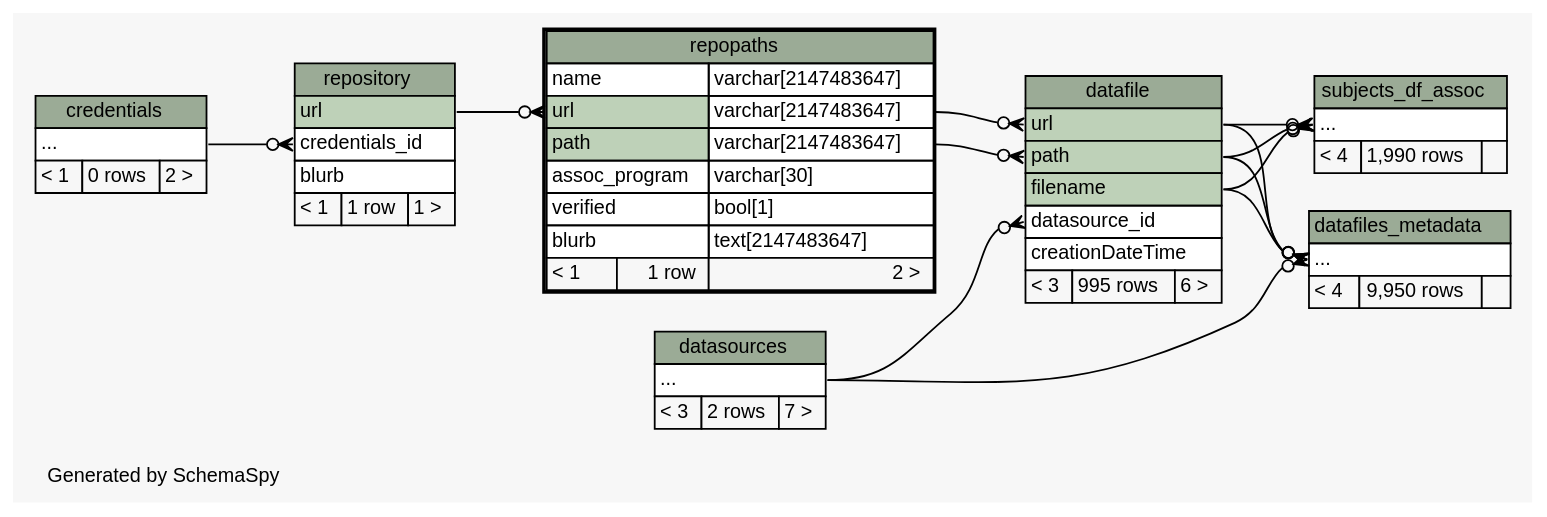
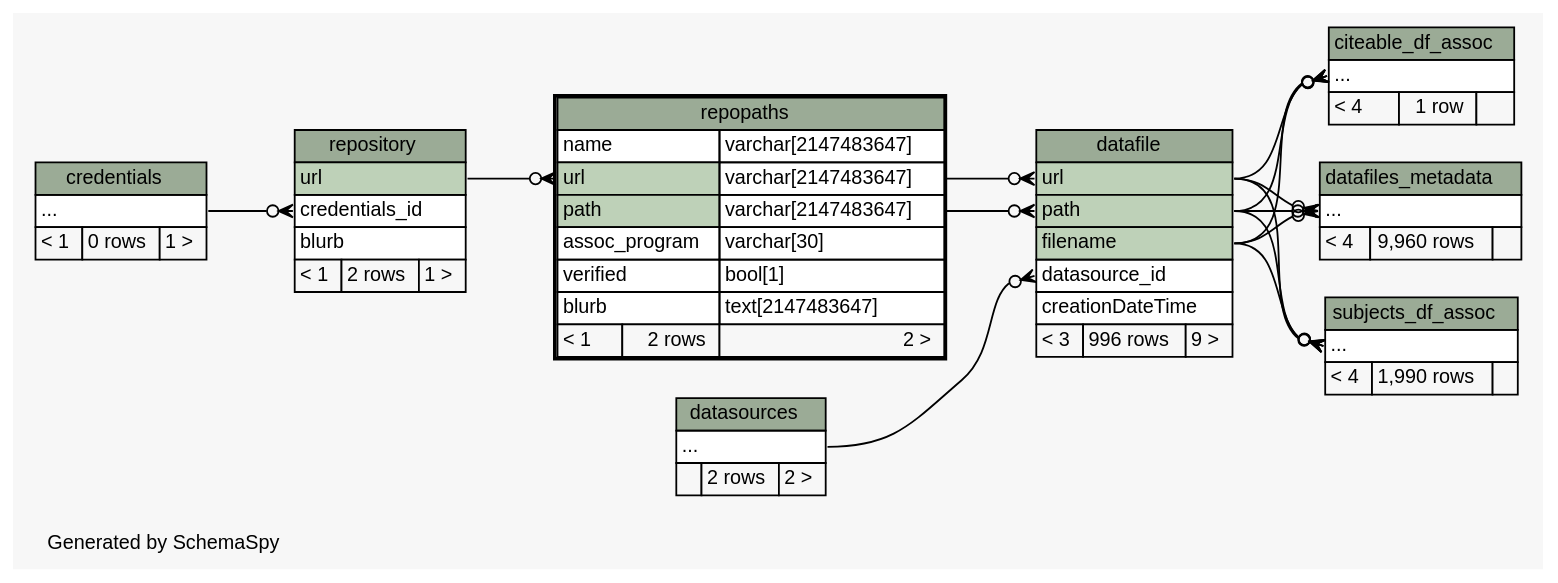
One commit to tgbugs/mlab changed the diagram in database/ss/diagrams/repopaths.2degrees.dot. Above: the diagram before and after it, drawn with Graphviz. The commit also changed 185 other files, not shown here.

```diff
--- a/database/ss/diagrams/repopaths.2degrees.dot
+++ b/database/ss/diagrams/repopaths.2degrees.dot
@@ -1,115 +1,127 @@
 // dot 2.34.0 on Windows 7 6.1
 // SchemaSpy rev 590
 digraph "twoDegreesRelationshipsDiagram" {
   graph [
     rankdir="RL"
     bgcolor="#f7f7f7"
     label="\nGenerated by SchemaSpy"
     labeljust="l"
     nodesep="0.18"
     ranksep="0.46"
     fontname="Helvetica"
     fontsize="11"
   ];
   node [
     fontname="Helvetica"
     fontsize="11"
     shape="plaintext"
   ];
   edge [
     arrowsize="0.8"
   ];
+  "citeable_df_assoc":"elipses":w -> "datafile":"filename":e [arrowhead=none dir=back arrowtail=crowodot];
+  "citeable_df_assoc":"elipses":w -> "datafile":"path":e [arrowhead=none dir=back arrowtail=crowodot];
+  "citeable_df_assoc":"elipses":w -> "datafile":"url":e [arrowhead=none dir=back arrowtail=crowodot];
   "datafile":"datasource_id":w -> "datasources":"elipses":e [arrowhead=none dir=back arrowtail=crowodot];
   "datafile":"path":w -> "repopaths":"path.type":e [arrowhead=none dir=back arrowtail=crowodot];
   "datafile":"url":w -> "repopaths":"url.type":e [arrowhead=none dir=back arrowtail=crowodot];
-  "datafiles_metadata":"elipses":w -> "datasources":"elipses":e [arrowhead=none dir=back arrowtail=crowodot];
   "datafiles_metadata":"elipses":w -> "datafile":"filename":e [arrowhead=none dir=back arrowtail=crowodot];
   "datafiles_metadata":"elipses":w -> "datafile":"path":e [arrowhead=none dir=back arrowtail=crowodot];
   "datafiles_metadata":"elipses":w -> "datafile":"url":e [arrowhead=none dir=back arrowtail=crowodot];
   "repopaths":"url":w -> "repository":"url":e [arrowhead=none dir=back arrowtail=crowodot];
   "repository":"credentials_id":w -> "credentials":"elipses":e [arrowhead=none dir=back arrowtail=crowodot];
   "subjects_df_assoc":"elipses":w -> "datafile":"filename":e [arrowhead=none dir=back arrowtail=crowodot];
   "subjects_df_assoc":"elipses":w -> "datafile":"path":e [arrowhead=none dir=back arrowtail=crowodot];
   "subjects_df_assoc":"elipses":w -> "datafile":"url":e [arrowhead=none dir=back arrowtail=crowodot];
+  "citeable_df_assoc" [
+    label=<
+    <TABLE BORDER="0" CELLBORDER="1" CELLSPACING="0" BGCOLOR="#ffffff">
+      <TR><TD COLSPAN="3" BGCOLOR="#9bab96" ALIGN="CENTER">citeable_df_assoc</TD></TR>
+      <TR><TD PORT="elipses" COLSPAN="3" ALIGN="LEFT">...</TD></TR>
+      <TR><TD ALIGN="LEFT" BGCOLOR="#f7f7f7">&lt; 4</TD><TD ALIGN="RIGHT" BGCOLOR="#f7f7f7">1 row</TD><TD ALIGN="RIGHT" BGCOLOR="#f7f7f7">  </TD></TR>
+    </TABLE>>
+    URL="citeable_df_assoc.html"
+    tooltip="citeable_df_assoc"
+  ];
   "credentials" [
     label=<
     <TABLE BORDER="0" CELLBORDER="1" CELLSPACING="0" BGCOLOR="#ffffff">
       <TR><TD COLSPAN="3" BGCOLOR="#9bab96" ALIGN="CENTER">credentials</TD></TR>
       <TR><TD PORT="elipses" COLSPAN="3" ALIGN="LEFT">...</TD></TR>
-      <TR><TD ALIGN="LEFT" BGCOLOR="#f7f7f7">&lt; 1</TD><TD ALIGN="RIGHT" BGCOLOR="#f7f7f7">0 rows</TD><TD ALIGN="RIGHT" BGCOLOR="#f7f7f7">2 &gt;</TD></TR>
+      <TR><TD ALIGN="LEFT" BGCOLOR="#f7f7f7">&lt; 1</TD><TD ALIGN="RIGHT" BGCOLOR="#f7f7f7">0 rows</TD><TD ALIGN="RIGHT" BGCOLOR="#f7f7f7">1 &gt;</TD></TR>
     </TABLE>>
     URL="credentials.html"
     tooltip="credentials"
   ];
   "datafile" [
     label=<
     <TABLE BORDER="0" CELLBORDER="1" CELLSPACING="0" BGCOLOR="#ffffff">
       <TR><TD COLSPAN="3" BGCOLOR="#9bab96" ALIGN="CENTER">datafile</TD></TR>
       <TR><TD PORT="url" COLSPAN="3" BGCOLOR="#bed1b8" ALIGN="LEFT">url</TD></TR>
       <TR><TD PORT="path" COLSPAN="3" BGCOLOR="#bed1b8" ALIGN="LEFT">path</TD></TR>
       <TR><TD PORT="filename" COLSPAN="3" BGCOLOR="#bed1b8" ALIGN="LEFT">filename</TD></TR>
       <TR><TD PORT="datasource_id" COLSPAN="3" ALIGN="LEFT">datasource_id</TD></TR>
       <TR><TD PORT="creationDateTime" COLSPAN="3" ALIGN="LEFT">creationDateTime</TD></TR>
-      <TR><TD ALIGN="LEFT" BGCOLOR="#f7f7f7">&lt; 3</TD><TD ALIGN="RIGHT" BGCOLOR="#f7f7f7">995 rows</TD><TD ALIGN="RIGHT" BGCOLOR="#f7f7f7">6 &gt;</TD></TR>
+      <TR><TD ALIGN="LEFT" BGCOLOR="#f7f7f7">&lt; 3</TD><TD ALIGN="RIGHT" BGCOLOR="#f7f7f7">996 rows</TD><TD ALIGN="RIGHT" BGCOLOR="#f7f7f7">9 &gt;</TD></TR>
     </TABLE>>
     URL="datafile.html"
     tooltip="datafile"
   ];
   "datafiles_metadata" [
     label=<
     <TABLE BORDER="0" CELLBORDER="1" CELLSPACING="0" BGCOLOR="#ffffff">
       <TR><TD COLSPAN="3" BGCOLOR="#9bab96" ALIGN="CENTER">datafiles_metadata</TD></TR>
       <TR><TD PORT="elipses" COLSPAN="3" ALIGN="LEFT">...</TD></TR>
-      <TR><TD ALIGN="LEFT" BGCOLOR="#f7f7f7">&lt; 4</TD><TD ALIGN="RIGHT" BGCOLOR="#f7f7f7">9,950 rows</TD><TD ALIGN="RIGHT" BGCOLOR="#f7f7f7">  </TD></TR>
+      <TR><TD ALIGN="LEFT" BGCOLOR="#f7f7f7">&lt; 4</TD><TD ALIGN="RIGHT" BGCOLOR="#f7f7f7">9,960 rows</TD><TD ALIGN="RIGHT" BGCOLOR="#f7f7f7">  </TD></TR>
     </TABLE>>
     URL="datafiles_metadata.html"
     tooltip="datafiles_metadata"
   ];
   "datasources" [
     label=<
     <TABLE BORDER="0" CELLBORDER="1" CELLSPACING="0" BGCOLOR="#ffffff">
       <TR><TD COLSPAN="3" BGCOLOR="#9bab96" ALIGN="CENTER">datasources</TD></TR>
       <TR><TD PORT="elipses" COLSPAN="3" ALIGN="LEFT">...</TD></TR>
-      <TR><TD ALIGN="LEFT" BGCOLOR="#f7f7f7">&lt; 3</TD><TD ALIGN="RIGHT" BGCOLOR="#f7f7f7">2 rows</TD><TD ALIGN="RIGHT" BGCOLOR="#f7f7f7">7 &gt;</TD></TR>
+      <TR><TD ALIGN="LEFT" BGCOLOR="#f7f7f7">  </TD><TD ALIGN="RIGHT" BGCOLOR="#f7f7f7">2 rows</TD><TD ALIGN="RIGHT" BGCOLOR="#f7f7f7">2 &gt;</TD></TR>
     </TABLE>>
     URL="datasources.html"
     tooltip="datasources"
   ];
   "repopaths" [
     label=<
     <TABLE BORDER="2" CELLBORDER="1" CELLSPACING="0" BGCOLOR="#ffffff">
       <TR><TD COLSPAN="3" BGCOLOR="#9bab96" ALIGN="CENTER">repopaths</TD></TR>
       <TR><TD PORT="name" COLSPAN="2" ALIGN="LEFT">name</TD><TD PORT="name.type" ALIGN="LEFT">varchar[2147483647]</TD></TR>
       <TR><TD PORT="url" COLSPAN="2" BGCOLOR="#bed1b8" ALIGN="LEFT">url</TD><TD PORT="url.type" ALIGN="LEFT">varchar[2147483647]</TD></TR>
       <TR><TD PORT="path" COLSPAN="2" BGCOLOR="#bed1b8" ALIGN="LEFT">path</TD><TD PORT="path.type" ALIGN="LEFT">varchar[2147483647]</TD></TR>
       <TR><TD PORT="assoc_program" COLSPAN="2" ALIGN="LEFT">assoc_program</TD><TD PORT="assoc_program.type" ALIGN="LEFT">varchar[30]</TD></TR>
       <TR><TD PORT="verified" COLSPAN="2" ALIGN="LEFT">verified</TD><TD PORT="verified.type" ALIGN="LEFT">bool[1]</TD></TR>
       <TR><TD PORT="blurb" COLSPAN="2" ALIGN="LEFT">blurb</TD><TD PORT="blurb.type" ALIGN="LEFT">text[2147483647]</TD></TR>
-      <TR><TD ALIGN="LEFT" BGCOLOR="#f7f7f7">&lt; 1</TD><TD ALIGN="RIGHT" BGCOLOR="#f7f7f7">1 row</TD><TD ALIGN="RIGHT" BGCOLOR="#f7f7f7">2 &gt;</TD></TR>
+      <TR><TD ALIGN="LEFT" BGCOLOR="#f7f7f7">&lt; 1</TD><TD ALIGN="RIGHT" BGCOLOR="#f7f7f7">2 rows</TD><TD ALIGN="RIGHT" BGCOLOR="#f7f7f7">2 &gt;</TD></TR>
     </TABLE>>
     URL="repopaths.html"
     tooltip="repopaths"
   ];
   "repository" [
     label=<
     <TABLE BORDER="0" CELLBORDER="1" CELLSPACING="0" BGCOLOR="#ffffff">
       <TR><TD COLSPAN="3" BGCOLOR="#9bab96" ALIGN="CENTER">repository</TD></TR>
       <TR><TD PORT="url" COLSPAN="3" BGCOLOR="#bed1b8" ALIGN="LEFT">url</TD></TR>
       <TR><TD PORT="credentials_id" COLSPAN="3" ALIGN="LEFT">credentials_id</TD></TR>
       <TR><TD PORT="blurb" COLSPAN="3" ALIGN="LEFT">blurb</TD></TR>
-      <TR><TD ALIGN="LEFT" BGCOLOR="#f7f7f7">&lt; 1</TD><TD ALIGN="RIGHT" BGCOLOR="#f7f7f7">1 row</TD><TD ALIGN="RIGHT" BGCOLOR="#f7f7f7">1 &gt;</TD></TR>
+      <TR><TD ALIGN="LEFT" BGCOLOR="#f7f7f7">&lt; 1</TD><TD ALIGN="RIGHT" BGCOLOR="#f7f7f7">2 rows</TD><TD ALIGN="RIGHT" BGCOLOR="#f7f7f7">1 &gt;</TD></TR>
     </TABLE>>
     URL="repository.html"
     tooltip="repository"
   ];
   "subjects_df_assoc" [
     label=<
     <TABLE BORDER="0" CELLBORDER="1" CELLSPACING="0" BGCOLOR="#ffffff">
       <TR><TD COLSPAN="3" BGCOLOR="#9bab96" ALIGN="CENTER">subjects_df_assoc</TD></TR>
       <TR><TD PORT="elipses" COLSPAN="3" ALIGN="LEFT">...</TD></TR>
       <TR><TD ALIGN="LEFT" BGCOLOR="#f7f7f7">&lt; 4</TD><TD ALIGN="RIGHT" BGCOLOR="#f7f7f7">1,990 rows</TD><TD ALIGN="RIGHT" BGCOLOR="#f7f7f7">  </TD></TR>
     </TABLE>>
     URL="subjects_df_assoc.html"
     tooltip="subjects_df_assoc"
   ];
 }
```
